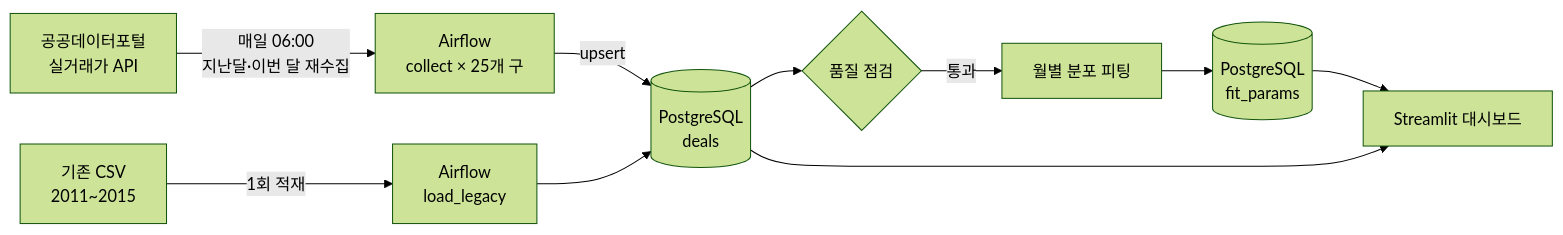
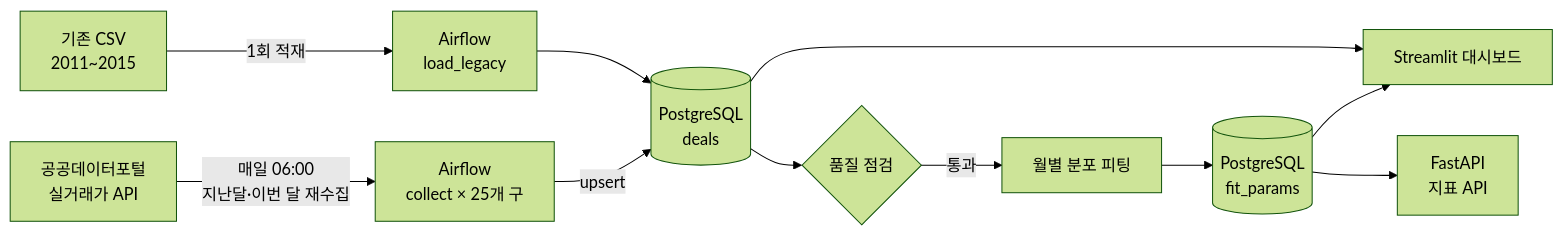
One commit to Jeongyeonjin/apt-apt changed the diagram in README.md. Above: the diagram before and after it, drawn with Mermaid (forest theme). The commit also changed other lines of this file and 5 other files, not shown here.

First line of the commit message:
FastAPI 지표 API 추가

````diff
--- a/README.md
+++ b/README.md
@@ -28,12 +28,13 @@
 ```mermaid
 flowchart LR
     API[공공데이터포털<br/>실거래가 API] -->|매일 06:00<br/>지난달·이번 달 재수집| C[Airflow<br/>collect × 25개 구]
     CSV[기존 CSV<br/>2011~2015] -->|1회 적재| L[Airflow<br/>load_legacy]
     C -->|upsert| D[(PostgreSQL<br/>deals)]
     L --> D
     D --> Q{품질 점검}
     Q -->|통과| F[월별 분포 피팅]
     F --> P[(PostgreSQL<br/>fit_params)]
     P --> S[Streamlit 대시보드]
+    P --> A[FastAPI<br/>지표 API]
     D --> S
 ```
````
